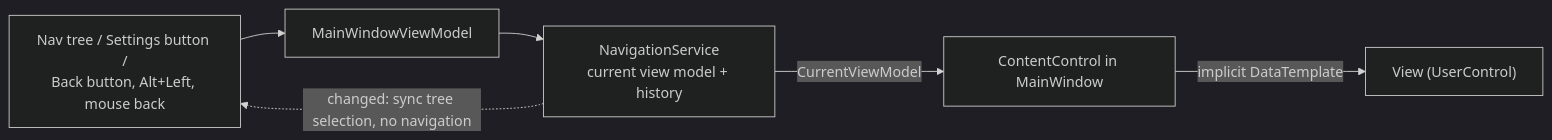
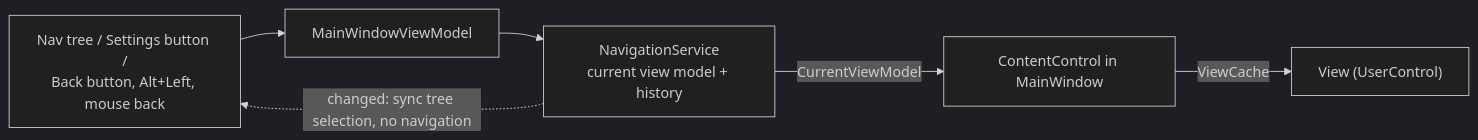
One commit to VoltageSolutions/GameControllerForZwift changed the second of 2 diagrams in docs/build/architecture.md. Above: the diagram before and after it, drawn with Mermaid (dark theme). The commit also changed other lines of this file and 11 other files, not shown here.

First line of the commit message:
Cache one view per page view model

````diff
--- a/docs/build/architecture.md
+++ b/docs/build/architecture.md
@@ -69,8 +69,8 @@
 ```mermaid
 flowchart LR
     tree["Nav tree / Settings button /<br/>Back button, Alt+Left, mouse back"] --> vm["MainWindowViewModel"]
     vm --> nav["NavigationService<br/>current view model + history"]
     nav -->|"CurrentViewModel"| shell["ContentControl in MainWindow"]
-    shell -->|"implicit DataTemplate"| view["View (UserControl)"]
+    shell -->|"ViewCache"| view["View (UserControl)"]
     nav -.->|"changed: sync tree selection, no navigation"| tree
 ```
````
